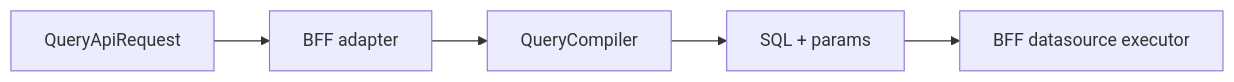
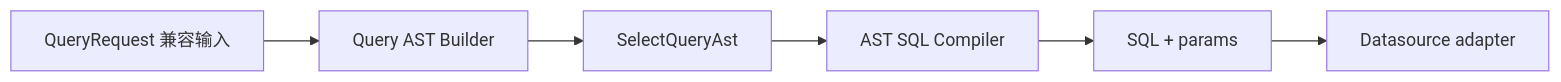
Before and after one commit to zhongmiao-org/meta-lc-platform: the diagram in packages/query/README_zh.md, drawn with Mermaid. The commit also changed other lines of this file and 6 other files, not shown here.

Commit message:
feat(query): add AST-first select compiler (#110)

````diff
--- a/packages/query/README_zh.md
+++ b/packages/query/README_zh.md
@@ -24,7 +25,8 @@
 ```mermaid
 flowchart LR
-  Request["QueryApiRequest"] --> BFF["BFF adapter"]
-  BFF --> Compiler["QueryCompiler"]
+  Request["QueryRequest 兼容输入"] --> AstBuilder["Query AST Builder"]
+  AstBuilder --> Ast["SelectQueryAst"]
+  Ast --> Compiler["AST SQL Compiler"]
   Compiler --> Sql["SQL + params"]
-  Sql --> Executor["BFF datasource executor"]
+  Sql --> Executor["Datasource adapter"]
 ```
````
